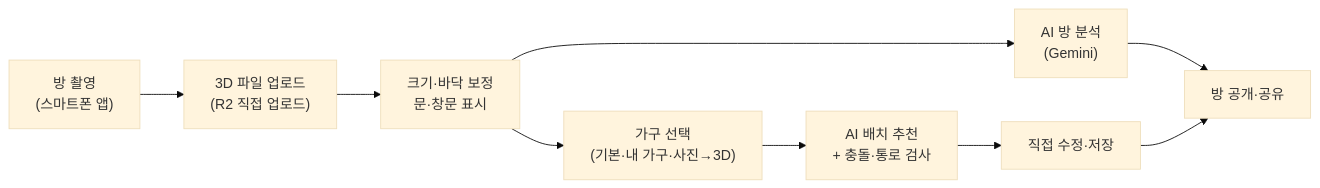
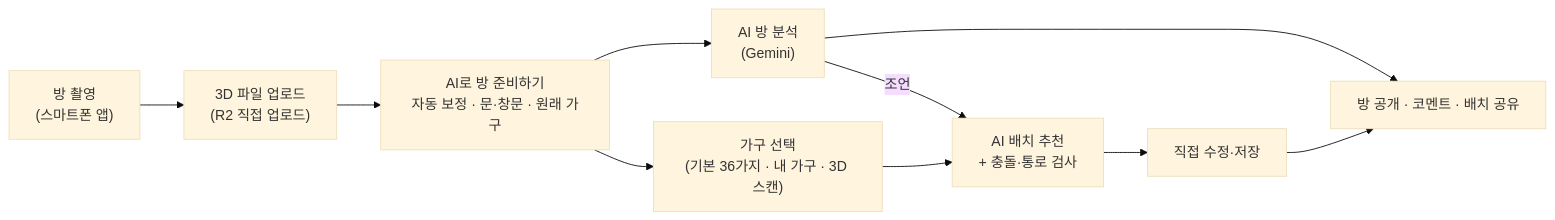
Before and after one commit to dohun1214/roomlens: the first of 2 diagrams in README.md, drawn with Mermaid (base theme). The commit also changed other lines of this file, not shown here.

````diff
--- a/README.md
+++ b/README.md
@@ -120,11 +125,12 @@
 ```mermaid
 flowchart LR
   A["방 촬영<br>(스마트폰 앱)"] --> B["3D 파일 업로드<br>(R2 직접 업로드)"]
-  B --> C["크기·바닥 보정<br>문·창문 표시"]
+  B --> C["AI로 방 준비하기<br>자동 보정 · 문·창문 · 원래 가구"]
   C --> D["AI 방 분석<br>(Gemini)"]
-  C --> E["가구 선택<br>(기본·내 가구·사진→3D)"]
+  C --> E["가구 선택<br>(기본 36가지 · 내 가구 · 3D 스캔)"]
+  D -->|조언| F
   E --> F["AI 배치 추천<br>+ 충돌·통로 검사"]
   F --> G["직접 수정·저장"]
-  D --> H["방 공개·공유"]
+  D --> H["방 공개 · 코멘트 · 배치 공유"]
   G --> H
 ```
````
